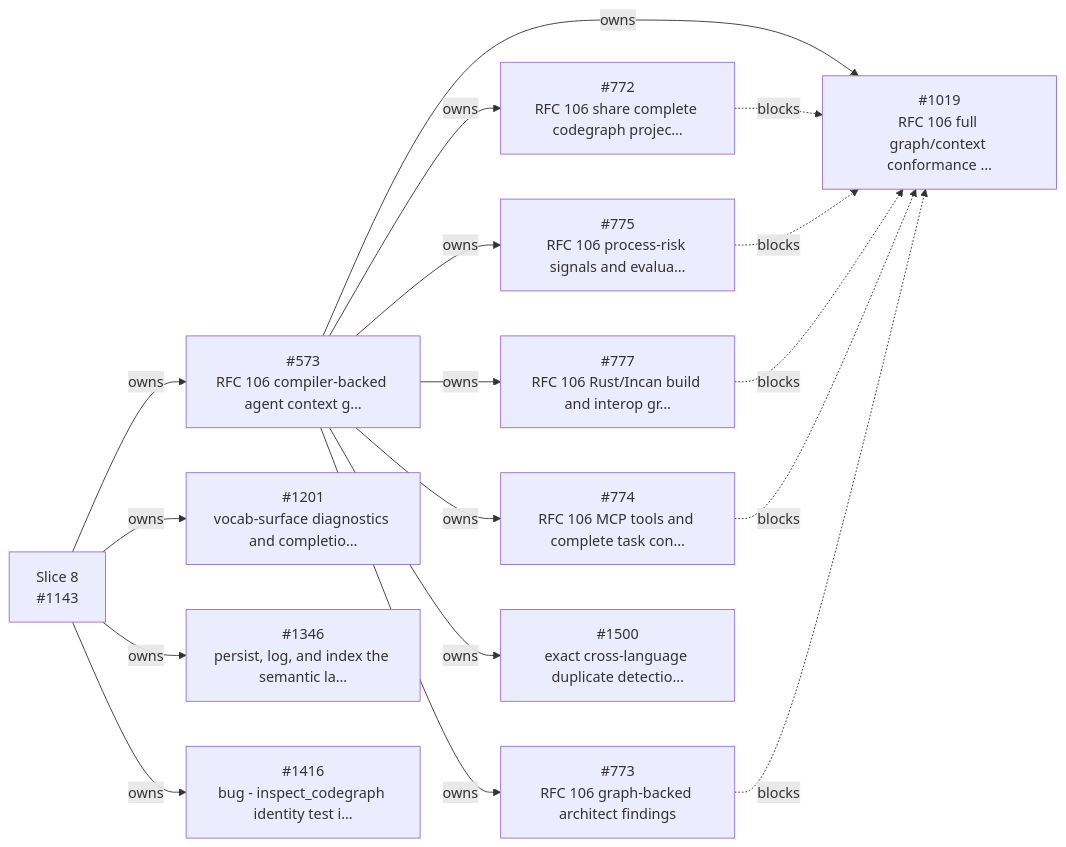
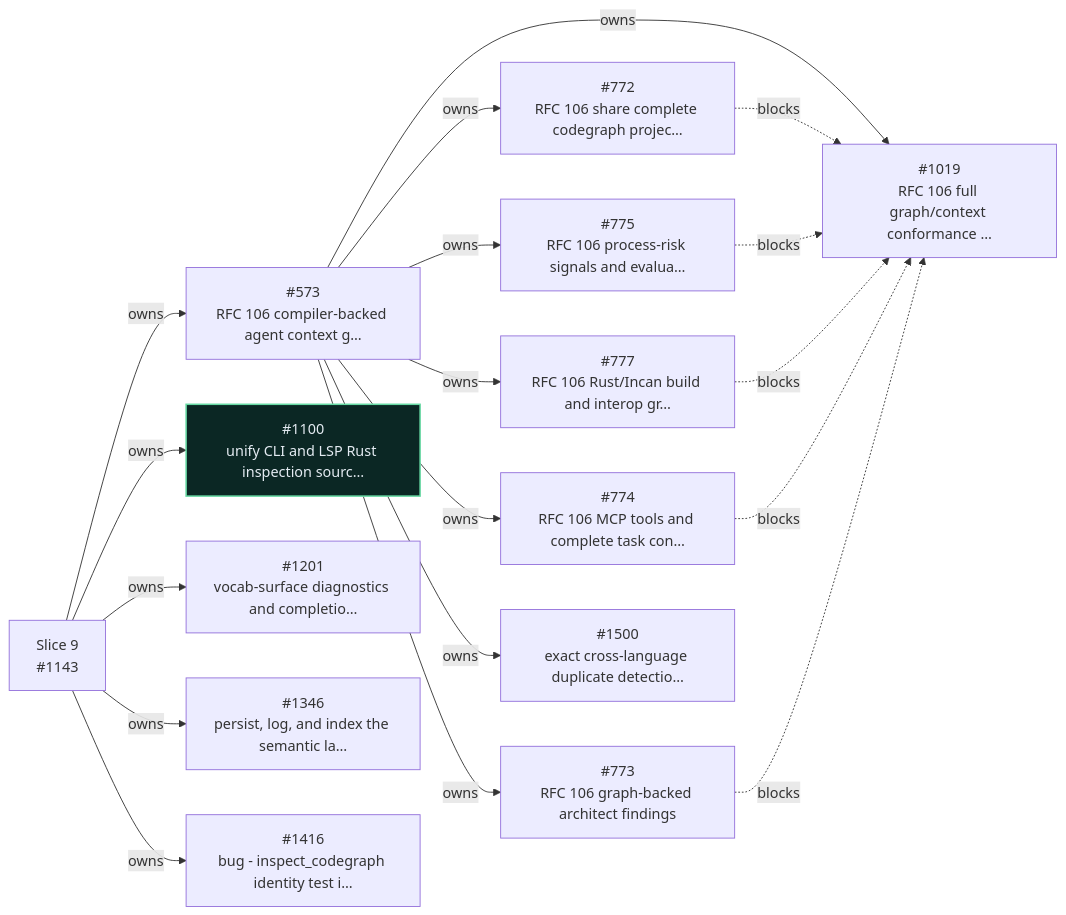
One commit to encero-systems/incan changed the ninth of 12 diagrams in workspaces/docs-site/docs/_snippets/project/v0_6_roadmap.md. Above: the diagram before and after it, drawn with Mermaid. The commit also changed other lines of this file and 2 other files, not shown here.

First line of the commit message:
docs - 1561 refresh the v0.6 roadmap and show Slice 7 (#2051)

````diff
--- a/workspaces/docs-site/docs/_snippets/project/v0_6_roadmap.md
+++ b/workspaces/docs-site/docs/_snippets/project/v0_6_roadmap.md
@@ -514,43 +903,48 @@
 ```mermaid
 flowchart LR
   i573["#573<br/>RFC 106 compiler-backed agent context g…"]
   i772["#772<br/>RFC 106 share complete codegraph projec…"]
   i773["#773<br/>RFC 106 graph-backed architect findings"]
   i774["#774<br/>RFC 106 MCP tools and complete task con…"]
   i775["#775<br/>RFC 106 process-risk signals and evalua…"]
   i777["#777<br/>RFC 106 Rust/Incan build and interop gr…"]
   i1019["#1019<br/>RFC 106 full graph/context conformance …"]
-  s1143["Slice 8<br/>#1143"]
+  i1100["#1100<br/>unify CLI and LSP Rust inspection sourc…"]
+  s1143["Slice 9<br/>#1143"]
   i1201["#1201<br/>vocab-surface diagnostics and completio…"]
   i1346["#1346<br/>persist, log, and index the semantic la…"]
   i1416["#1416<br/>bug - inspect_codegraph identity test i…"]
   i1500["#1500<br/>exact cross-language duplicate detectio…"]
   s1143 -- owns --> i573
   i573 -- owns --> i772
   i573 -- owns --> i773
   i573 -- owns --> i774
   i573 -- owns --> i775
   i573 -- owns --> i777
   i573 -- owns --> i1019
+  s1143 -- owns --> i1100
   s1143 -- owns --> i1201
   s1143 -- owns --> i1346
   s1143 -- owns --> i1416
   i573 -- owns --> i1500
   i772 -. blocks .-> i1019
   i775 -. blocks .-> i1019
   i777 -. blocks .-> i1019
   i774 -. blocks .-> i1019
   i773 -. blocks .-> i1019
+  classDef incv06complete fill:#0b2724,stroke:#66d9a3,color:#e4ebf2,stroke-width:1.7px
+  class i1100 incv06complete
   click i573 href "https://github.com/encero-systems/incan/issues/573" "Open #573 on GitHub"
   click i772 href "https://github.com/encero-systems/incan/issues/772" "Open #772 on GitHub"
   click i773 href "https://github.com/encero-systems/incan/issues/773" "Open #773 on GitHub"
   click i774 href "https://github.com/encero-systems/incan/issues/774" "Open #774 on GitHub"
   click i775 href "https://github.com/encero-systems/incan/issues/775" "Open #775 on GitHub"
   click i777 href "https://github.com/encero-systems/incan/issues/777" "Open #777 on GitHub"
   click i1019 href "https://github.com/encero-systems/incan/issues/1019" "Open #1019 on GitHub"
+  click i1100 href "https://github.com/encero-systems/incan/issues/1100" "Open #1100 on GitHub"
   click s1143 href "https://github.com/encero-systems/incan/issues/1143" "Open #1143 on GitHub"
   click i1201 href "https://github.com/encero-systems/incan/issues/1201" "Open #1201 on GitHub"
   click i1346 href "https://github.com/encero-systems/incan/issues/1346" "Open #1346 on GitHub"
   click i1416 href "https://github.com/encero-systems/incan/issues/1416" "Open #1416 on GitHub"
   click i1500 href "https://github.com/encero-systems/incan/issues/1500" "Open #1500 on GitHub"
 ```
````
